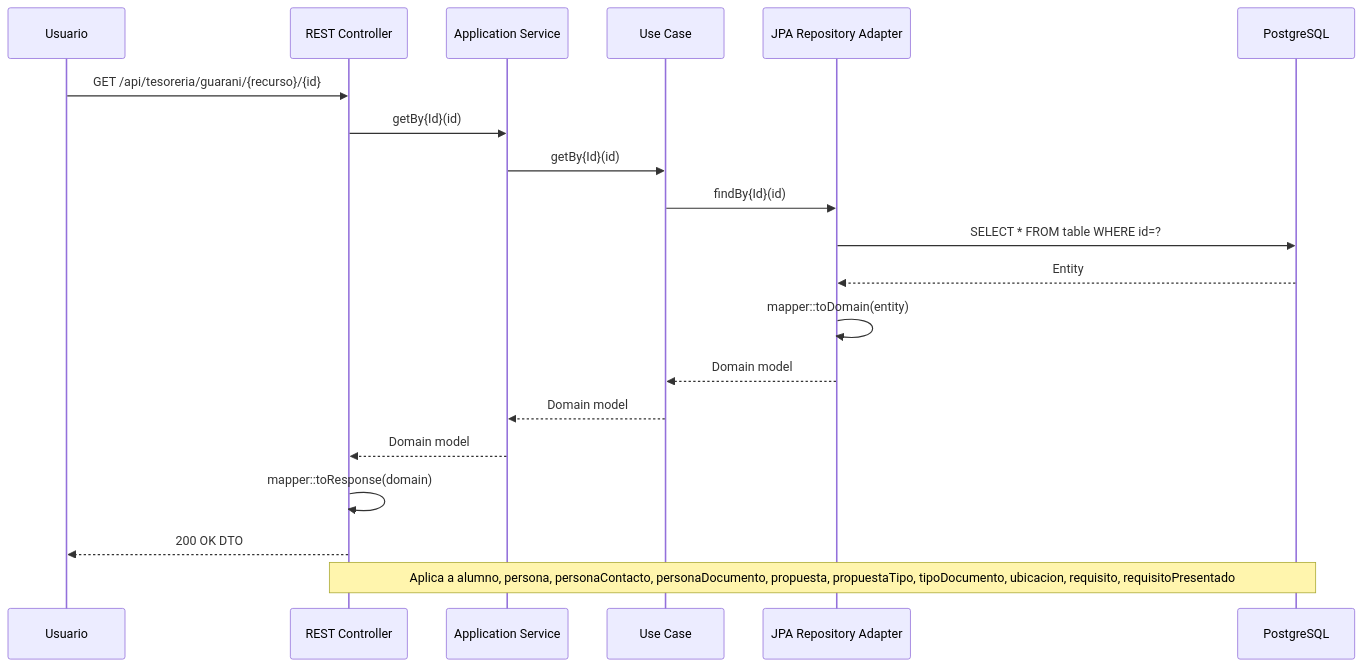
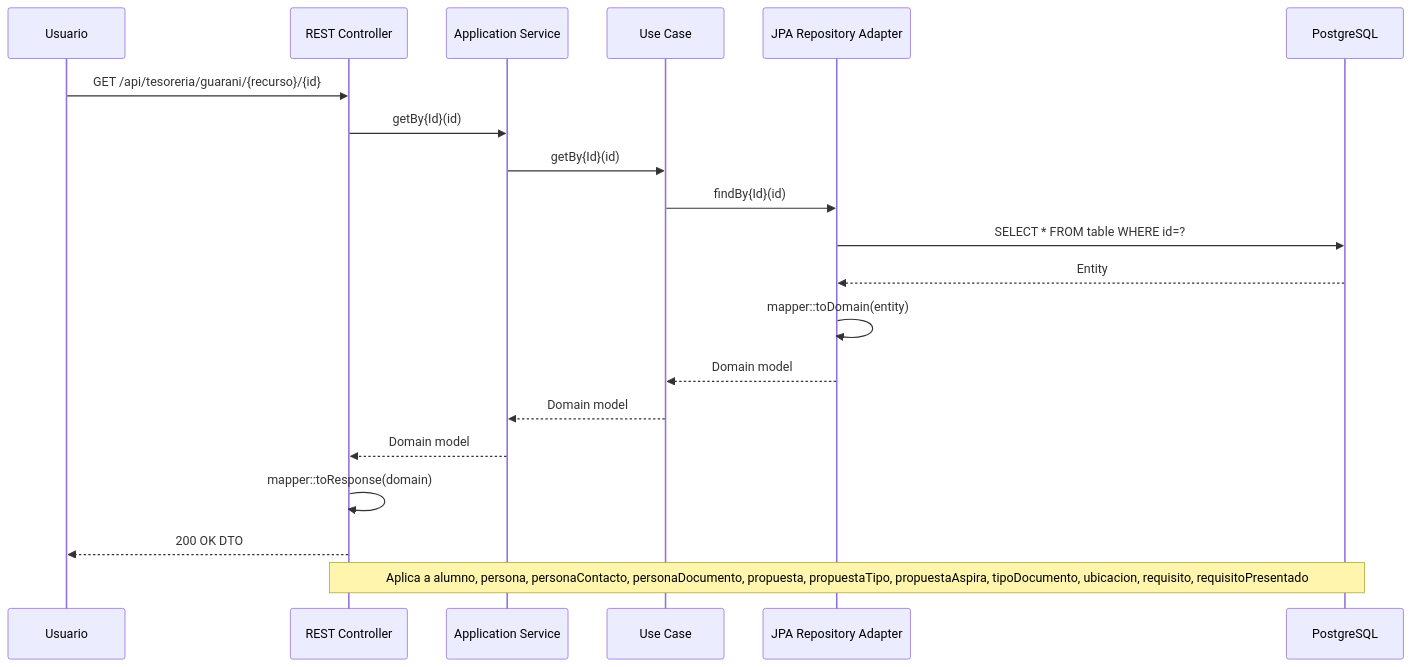
One commit to UM-services/UM.tesoreria.guarani-service changed the diagram in docs/diagrams/hexagonal-endpoint.mmd. Above: the diagram before and after it, drawn with Mermaid. The commit also changed 35 other files, not shown here.

```diff
--- a/docs/diagrams/hexagonal-endpoint.mmd
+++ b/docs/diagrams/hexagonal-endpoint.mmd
@@ -1,21 +1,21 @@
 sequenceDiagram
     participant User as Usuario
     participant REST as REST Controller
     participant Service as Application Service
     participant UseCase as Use Case
     participant JPA as JPA Repository Adapter
     participant DB as PostgreSQL
 
     User->>REST: GET /api/tesoreria/guarani/{recurso}/{id}
     REST->>Service: getBy{Id}(id)
     Service->>UseCase: getBy{Id}(id)
     UseCase->>JPA: findBy{Id}(id)
     JPA->>DB: SELECT * FROM table WHERE id=?
     DB-->>JPA: Entity
     JPA->>JPA: mapper::toDomain(entity)
     JPA-->>UseCase: Domain model
     UseCase-->>Service: Domain model
     Service-->>REST: Domain model
     REST->>REST: mapper::toResponse(domain)
     REST-->>User: 200 OK DTO
-    Note over REST,DB: Aplica a alumno, persona, personaContacto, personaDocumento, propuesta, propuestaTipo, tipoDocumento, ubicacion, requisito, requisitoPresentado
+    Note over REST,DB: Aplica a alumno, persona, personaContacto, personaDocumento, propuesta, propuestaTipo, propuestaAspira, tipoDocumento, ubicacion, requisito, requisitoPresentado
```
